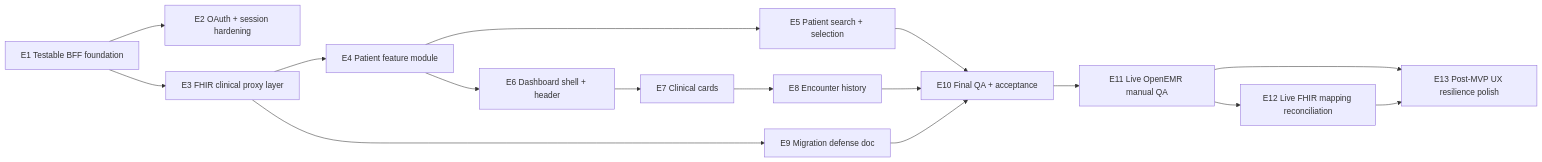
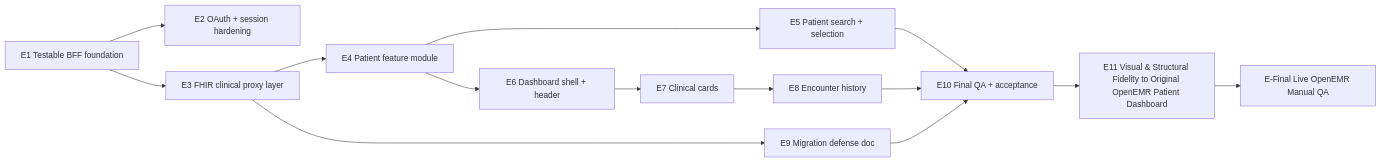
Before and after one commit to MichaelHabermas/openemr-client: the third of 3 diagrams in docs/PLAN.md, drawn with Mermaid. The commit also changed other lines of this file and 2 other files, not shown here.

First line of the commit message:
Enhance patient dashboard migration documentation for visual fidelity alignment

````diff
--- a/docs/PLAN.md
+++ b/docs/PLAN.md
@@ -64,18 +64,16 @@
 ```mermaid
 flowchart LR
   E1["E1 Testable BFF foundation"] --> E2["E2 OAuth + session hardening"]
   E1 --> E3["E3 FHIR clinical proxy layer"]
   E3 --> E4["E4 Patient feature module"]
   E4 --> E5["E5 Patient search + selection"]
   E4 --> E6["E6 Dashboard shell + header"]
   E6 --> E7["E7 Clinical cards"]
   E7 --> E8["E8 Encounter history"]
   E3 --> E9["E9 Migration defense doc"]
   E5 --> E10["E10 Final QA + acceptance"]
   E8 --> E10
   E9 --> E10
-  E10 --> E11["E11 Live OpenEMR manual QA"]
-  E11 --> E12["E12 Live FHIR mapping reconciliation"]
-  E11 --> E13["E13 Post-MVP UX resilience polish"]
-  E12 --> E13
+  E10 --> E11["E11 Visual & Structural Fidelity to Original OpenEMR Patient Dashboard"]
+  E11 --> E-Final["E-Final Live OpenEMR Manual QA"]
 ```
````
